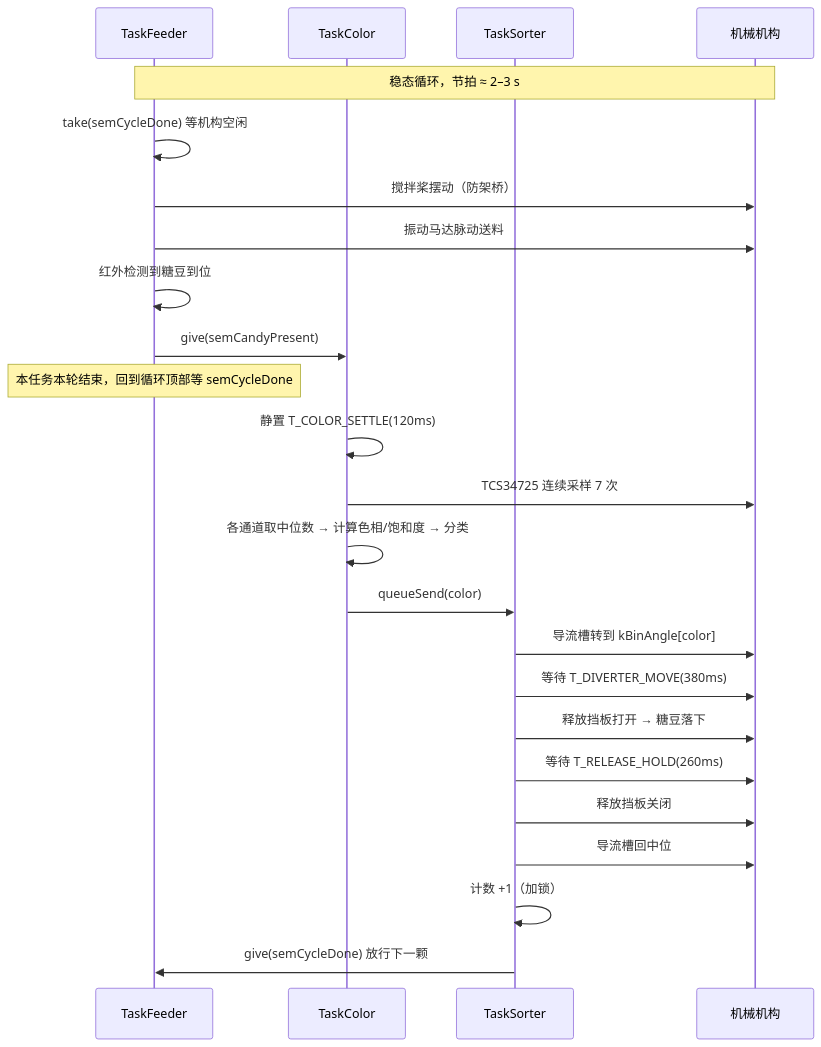
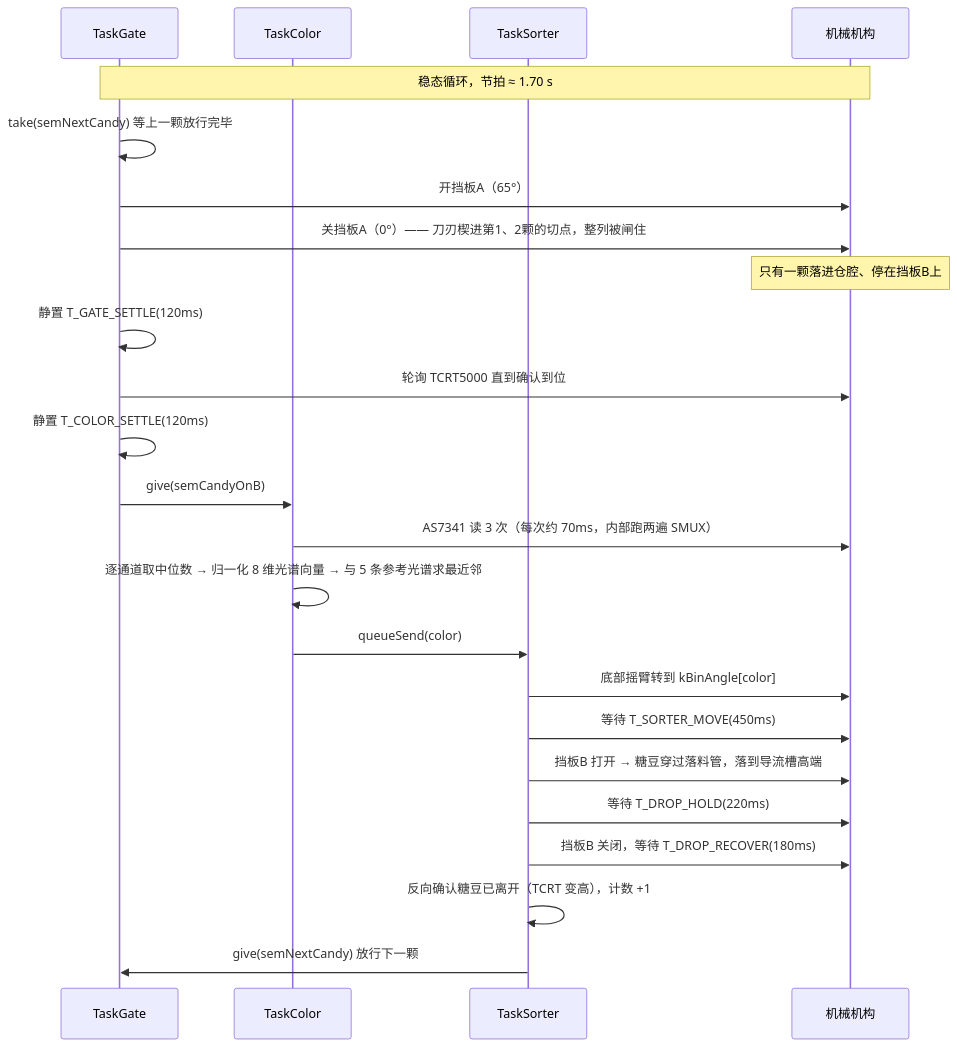
Before and after one commit to wfcccc/Candy-sorter: the second of 2 diagrams in docs/01_系统架构与技术栈.md, drawn with Mermaid. The commit also changed other lines of this file and 12 other files, not shown here.

````diff
--- a/docs/01_系统架构与技术栈.md
+++ b/docs/01_系统架构与技术栈.md
@@ -71,30 +90,30 @@
 ```mermaid
 sequenceDiagram
-    participant F as TaskFeeder
+    participant G as TaskGate
     participant C as TaskColor
     participant S as TaskSorter
     participant M as 机械机构
 
-    Note over F,M: 稳态循环，节拍 ≈ 2–3 s
+    Note over G,M: 稳态循环，节拍 ≈ 1.70 s
 
-    F->>F: take(semCycleDone) 等机构空闲
-    F->>M: 搅拌桨摆动（防架桥）
-    F->>M: 振动马达脉动送料
-    F->>F: 红外检测到糖豆到位
-    F->>C: give(semCandyPresent)
-    Note over F: 本任务本轮结束，回到循环顶部等 semCycleDone
+    G->>G: take(semNextCandy) 等上一颗放行完毕
+    G->>M: 开挡板A（65°）
+    G->>M: 关挡板A（0°）—— 刀刃楔进第1、2颗的切点，整列被闸住
+    Note over M: 只有一颗落进仓腔、停在挡板B上
+    G->>G: 静置 T_GATE_SETTLE(120ms)
+    G->>M: 轮询 TCRT5000 直到确认到位
+    G->>G: 静置 T_COLOR_SETTLE(120ms)
+    G->>C: give(semCandyOnB)
 
-    C->>C: 静置 T_COLOR_SETTLE(120ms)
-    C->>M: TCS34725 连续采样 7 次
-    C->>C: 各通道取中位数 → 计算色相/饱和度 → 分类
+    C->>M: AS7341 读 3 次（每次约 70ms，内部跑两遍 SMUX）
+    C->>C: 逐通道取中位数 → 归一化 8 维光谱向量 → 与 5 条参考光谱求最近邻
     C->>S: queueSend(color)
 
-    S->>M: 导流槽转到 kBinAngle[color]
-    S->>M: 等待 T_DIVERTER_MOVE(380ms)
-    S->>M: 释放挡板打开 → 糖豆落下
-    S->>M: 等待 T_RELEASE_HOLD(260ms)
-    S->>M: 释放挡板关闭
-    S->>M: 导流槽回中位
-    S->>S: 计数 +1（加锁）
-    S->>F: give(semCycleDone) 放行下一颗
+    S->>M: 底部摇臂转到 kBinAngle[color]
+    S->>M: 等待 T_SORTER_MOVE(450ms)
+    S->>M: 挡板B 打开 → 糖豆穿过落料管，落到导流槽高端
+    S->>M: 等待 T_DROP_HOLD(220ms)
+    S->>M: 挡板B 关闭，等待 T_DROP_RECOVER(180ms)
+    S->>S: 反向确认糖豆已离开（TCRT 变高），计数 +1
+    S->>G: give(semNextCandy) 放行下一颗
 ```
````
